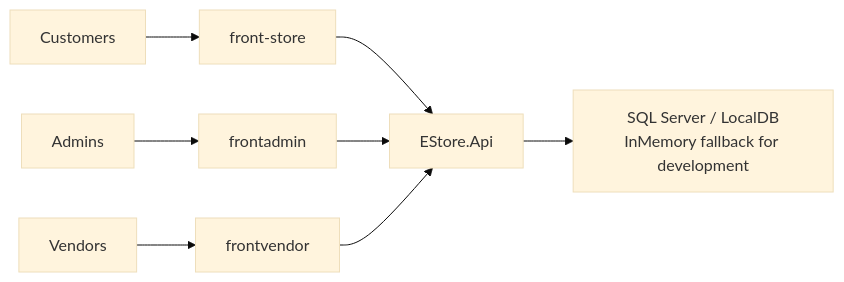
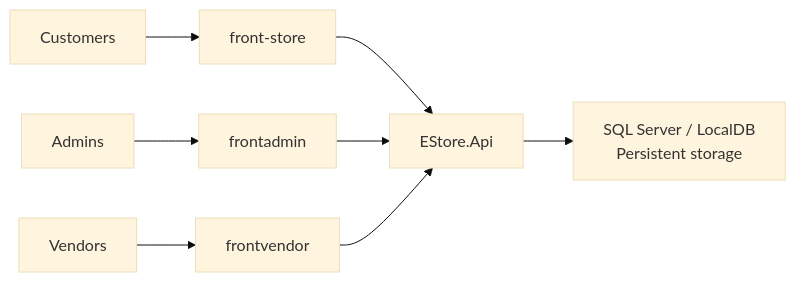
Before and after one commit to stere8/store: the first of 3 diagrams in PROJECT_PRESENTATION.md, drawn with Mermaid (base theme). The commit also changed other lines of this file and 4 other files, not shown here.

Commit message:
Require persistent SQL Server storage for EStore.Api

````diff
--- a/PROJECT_PRESENTATION.md
+++ b/PROJECT_PRESENTATION.md
@@ -132,10 +132,10 @@
 ```mermaid
 flowchart LR
     C["Customers"] --> FS["front-store"]
     A["Admins"] --> FA["frontadmin"]
     V["Vendors"] --> FV["frontvendor"]
     FS --> API["EStore.Api"]
     FA --> API
     FV --> API
-    API --> DB["SQL Server / LocalDB<br/>InMemory fallback for development"]
+    API --> DB["SQL Server / LocalDB<br/>Persistent storage"]
 ```
````
